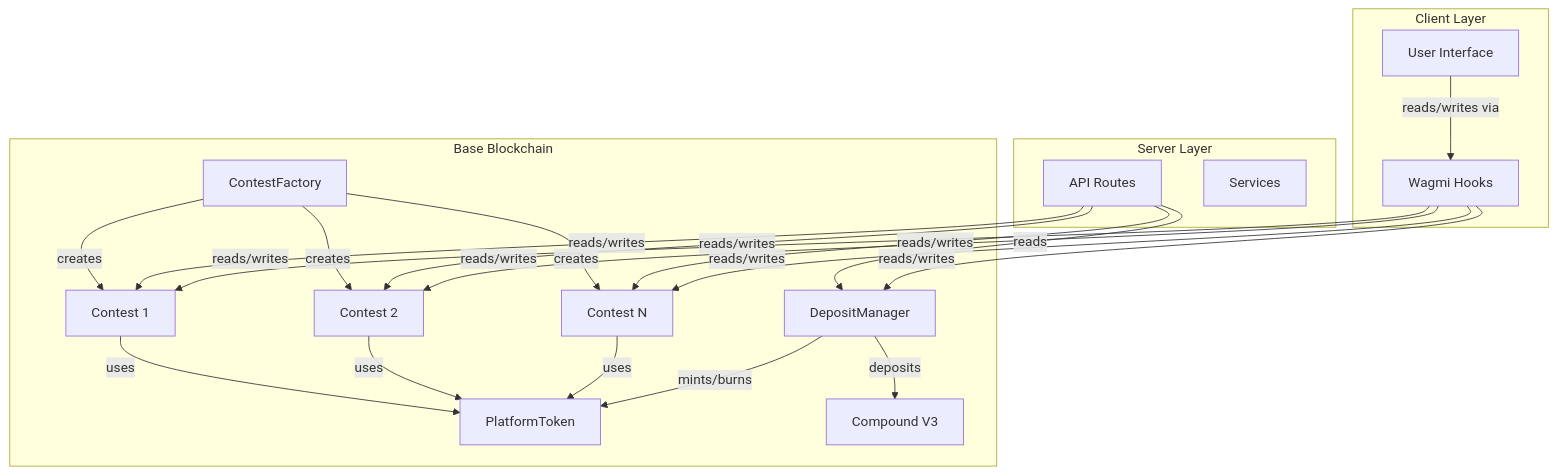
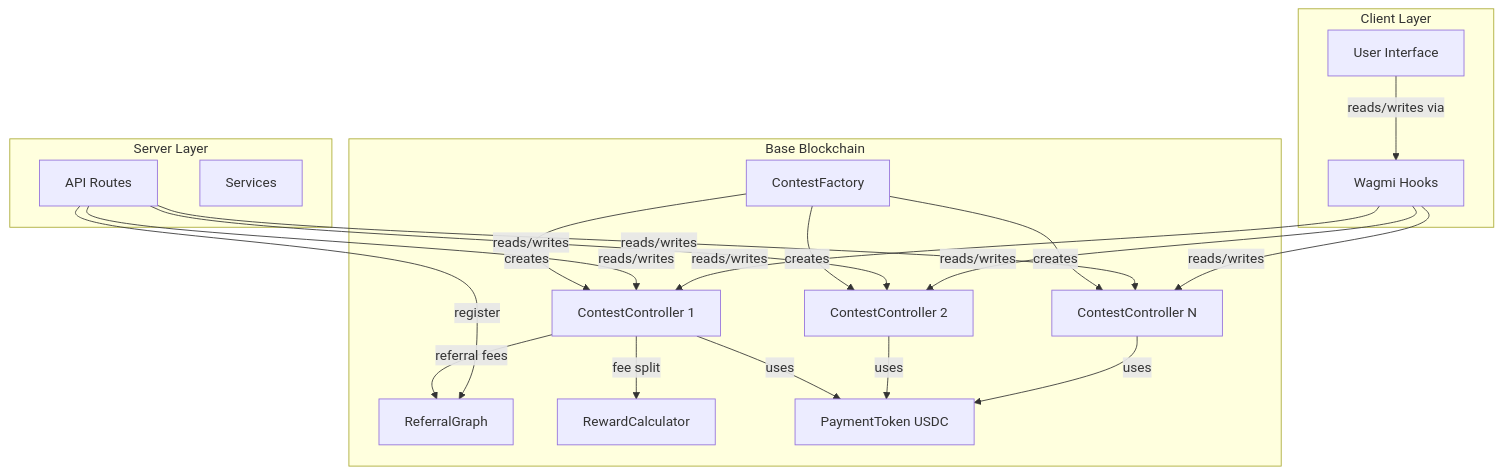
The diagram in spec/contracts/architecture.md (MagRelo/cut), drawn with Mermaid before and after one commit. The commit also changed other lines of this file and 16 other files, not shown here.

````diff
--- a/spec/contracts/architecture.md
+++ b/spec/contracts/architecture.md
@@ -5,44 +5,42 @@
 ```mermaid
 graph TB
     subgraph blockchain[Base Blockchain]
         CF[ContestFactory]
-        C1[Contest 1]
-        C2[Contest 2]
-        CN[Contest N]
-        DM[DepositManager]
-        PT[PlatformToken]
-        CUSDC[Compound V3]
+        C1[ContestController 1]
+        C2[ContestController 2]
+        CN[ContestController N]
+        RG[ReferralGraph]
+        RC[RewardCalculator]
+        PT[PaymentToken USDC]
     end
     
     subgraph server[Server Layer]
         API[API Routes]
         SVC[Services]
     end
     
     subgraph client[Client Layer]
         UI[User Interface]
         WAGMI[Wagmi Hooks]
     end
     
     CF -->|creates| C1
     CF -->|creates| C2
     CF -->|creates| CN
     
     C1 -->|uses| PT
     C2 -->|uses| PT
     CN -->|uses| PT
-    
-    DM -->|mints/burns| PT
-    DM -->|deposits| CUSDC
+    C1 -->|referral fees| RG
+    C1 -->|fee split| RC
     
     API -->|reads/writes| C1
     API -->|reads/writes| C2
     API -->|reads/writes| CN
-    API -->|reads| DM
+    API -->|register| RG
     
     UI -->|reads/writes via| WAGMI
     WAGMI -->|reads/writes| C1
     WAGMI -->|reads/writes| C2
     WAGMI -->|reads/writes| CN
-    WAGMI -->|reads/writes| DM
 ```
````
